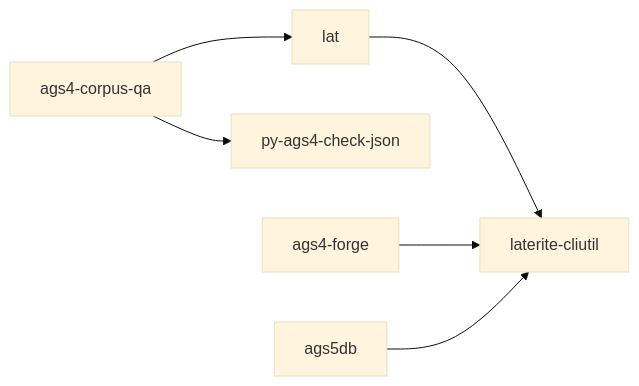
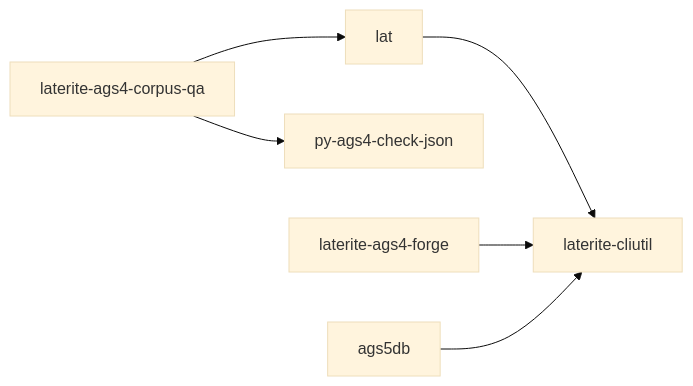
Before and after one commit to niko86/laterite: the diagram in ags-wiki/tools/laterite-cliutil.md, drawn with Mermaid (base theme). The commit also changed other lines of this file and 43 other files, not shown here.

First line of the commit message:
docs(wiki): sync tool-crate pages to the laterite-ags4-* rename

````diff
--- a/ags-wiki/tools/laterite-cliutil.md
+++ b/ags-wiki/tools/laterite-cliutil.md
@@ -27,8 +27,8 @@
 ```mermaid
 flowchart LR
-  crawl[ags4-corpus-qa] --> ags4check[lat]
+  crawl[laterite-ags4-corpus-qa] --> ags4check[lat]
   crawl --> py[py-ags4-check-json]
   ags4check --> cliutil[laterite-cliutil]
-  forge[ags4-forge] --> cliutil
+  forge[laterite-ags4-forge] --> cliutil
   ags5db[ags5db] --> cliutil
 ```
````
